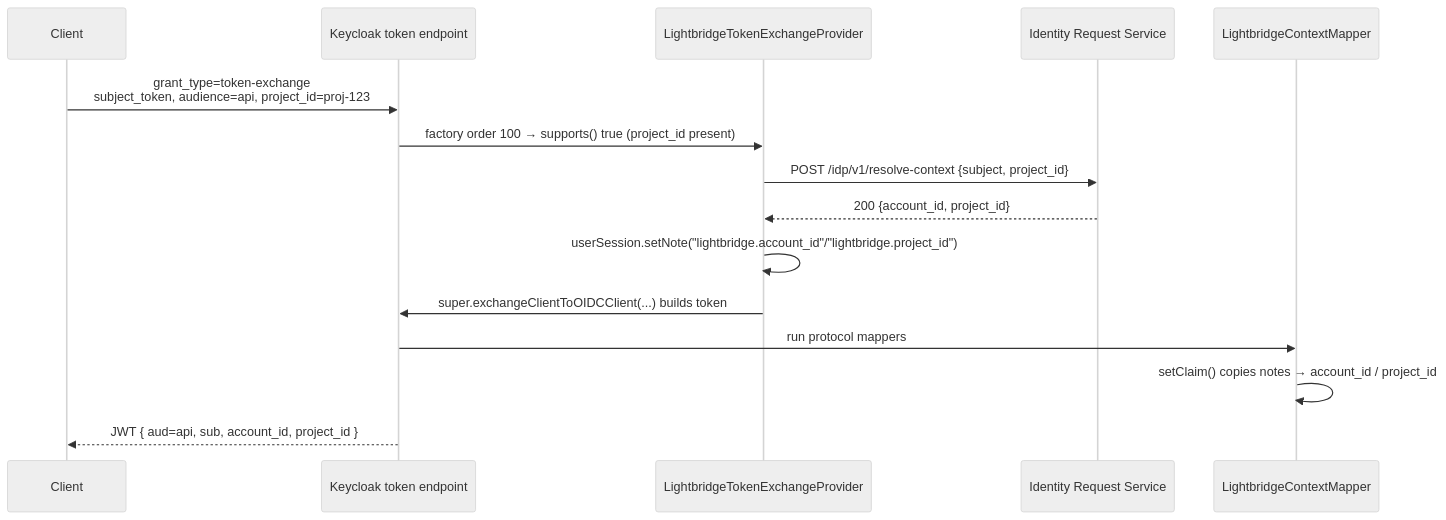
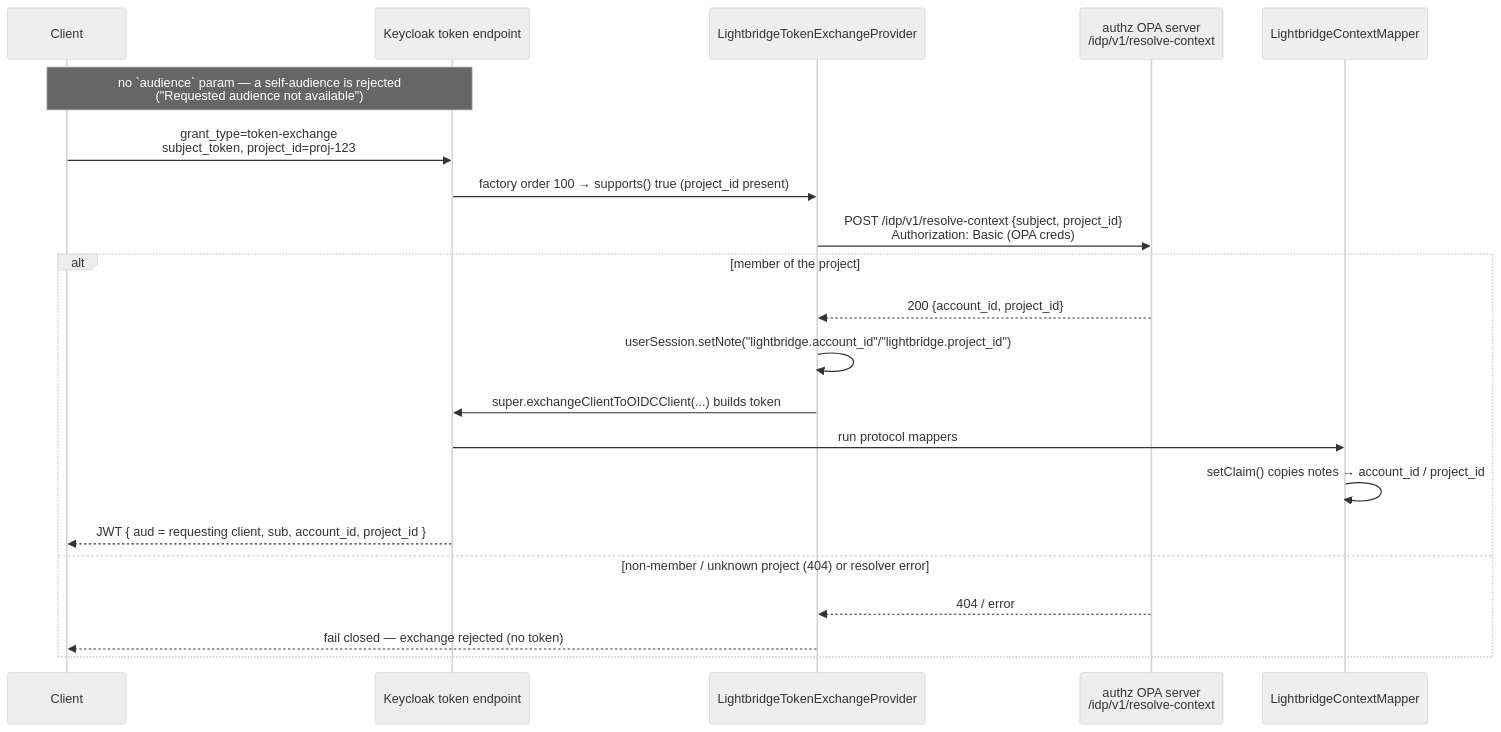
The second of 2 diagrams in docs/architecture.md (ADORSYS-GIS/lightbridge-keycloak-spi), drawn with Mermaid (neutral theme) before and after one commit. The commit also changed other lines of this file and 1 other file, not shown here.

Commit message:
docs(architecture): reflect the live resolve-by-project backend (#7)
* docs(architecture): reflect the live resolve-by-project backend

The mermaid diagrams still described the backend resolver as "contract defined
here, backend impl pending" and drew the old `audience=api` flow. Update them:

- The resolver is live — `POST /idp/v1/resolve-context` is implemented in
  lightbridge-authz and served by its OPA/validation server behind Basic auth.
- Drop the `audience` param (a self-audience is rejected); aud = requesting client.
- Add the fail-closed 404 branch (non-member / unknown project).

Both diagrams verified to render with @mermaid-js/mermaid-cli.

* docs(CLAUDE): resolve-context backend is live (was "does not exist yet")

Follow-up flagged in review: CLAUDE.md still said the backend endpoint doesn't
exist. It's now implemented (resolve-by-project, ADR-0008) and deployed. The demo
keeps its WireMock stub for self-containment.

---------

````diff
--- a/docs/architecture.md
+++ b/docs/architecture.md
@@ -30,18 +38,24 @@
 ```mermaid
 sequenceDiagram
     participant C as Client
     participant KC as Keycloak token endpoint
     participant TE as LightbridgeTokenExchangeProvider
-    participant IRS as Identity Request Service
+    participant OPA as authz OPA server<br/>/idp/v1/resolve-context
     participant PM as LightbridgeContextMapper
 
-    C->>KC: grant_type=token-exchange<br/>subject_token, audience=api, project_id=proj-123
+    Note over C,KC: no `audience` param — a self-audience is rejected<br/>("Requested audience not available")
+    C->>KC: grant_type=token-exchange<br/>subject_token, project_id=proj-123
     KC->>TE: factory order 100 → supports() true (project_id present)
-    TE->>IRS: POST /idp/v1/resolve-context {subject, project_id}
-    IRS-->>TE: 200 {account_id, project_id}
-    TE->>TE: userSession.setNote("lightbridge.account_id"/"lightbridge.project_id")
-    TE->>KC: super.exchangeClientToOIDCClient(...) builds token
-    KC->>PM: run protocol mappers
-    PM->>PM: setClaim() copies notes → account_id / project_id
-    KC-->>C: JWT { aud=api, sub, account_id, project_id }
+    TE->>OPA: POST /idp/v1/resolve-context {subject, project_id}<br/>Authorization: Basic (OPA creds)
+    alt member of the project
+        OPA-->>TE: 200 {account_id, project_id}
+        TE->>TE: userSession.setNote("lightbridge.account_id"/"lightbridge.project_id")
+        TE->>KC: super.exchangeClientToOIDCClient(...) builds token
+        KC->>PM: run protocol mappers
+        PM->>PM: setClaim() copies notes → account_id / project_id
+        KC-->>C: JWT { aud = requesting client, sub, account_id, project_id }
+    else non-member / unknown project (404) or resolver error
+        OPA-->>TE: 404 / error
+        TE-->>C: fail closed — exchange rejected (no token)
+    end
 ```
````
